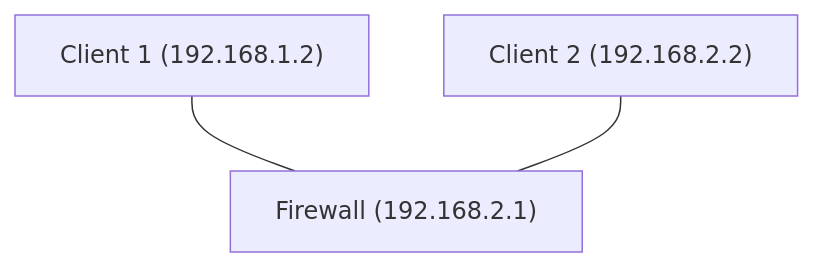
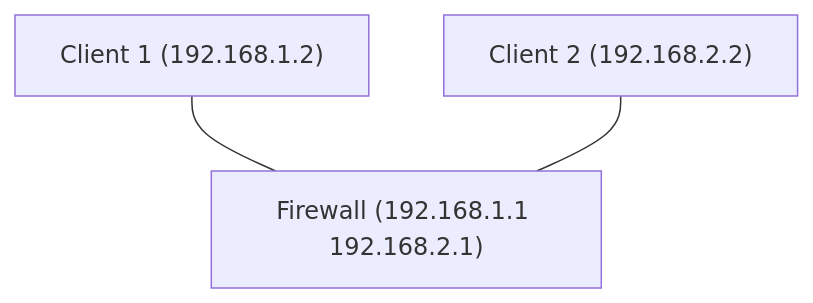
Before and after one commit to Dzhambulat-Kagermanov/obsidian-ggkit-C1.23.41: the diagram in МДК.03.03 Безопасность сетевой инфраструктуры/5. Настройка межсетевого экрана на Linux с помощью iptables.md, drawn with Mermaid. The commit also changed other lines of this file, not shown here.

````diff
--- a/МДК.03.03 Безопасность сетевой инфраструктуры/5. Настройка межсетевого экрана на Linux с помощью iptables.md
+++ b/МДК.03.03 Безопасность сетевой инфраструктуры/5. Настройка межсетевого экрана на Linux с помощью iptables.md
@@ -13,5 +13,5 @@
 ```mermaid
 graph TB
-	CL1["Client 1 (192.168.1.2)"] --- FW["Firewall (192.168.1.1)"]
-	CL2["Client 2 (192.168.2.2)"] --- FW["Firewall (192.168.2.1)"]
+	CL1["Client 1 (192.168.1.2)"] --- FW["Firewall (192.168.1.1 192.168.2.1)"]
+	CL2["Client 2 (192.168.2.2)"] --- FW["Firewall (192.168.1.1 192.168.2.1)"]
 ```
````
